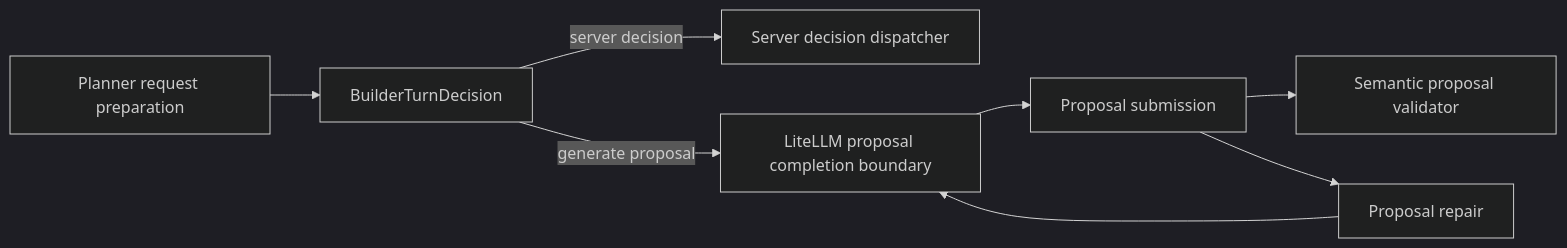
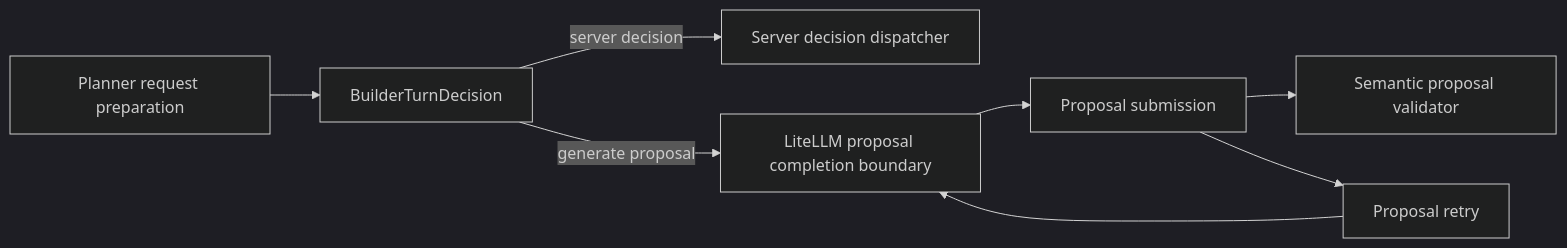
One commit to eneo-ai/eneo changed the second of 2 diagrams in docs/flows/flow-ai-builder-phase4-completion-and-phase5a-gate.md. Above: the diagram before and after it, drawn with Mermaid (dark theme). The commit also changed other lines of this file and 4 other files, not shown here.

First line of the commit message:
test(flows): pin create-gated critic invariants

````diff
--- a/docs/flows/flow-ai-builder-phase4-completion-and-phase5a-gate.md
+++ b/docs/flows/flow-ai-builder-phase4-completion-and-phase5a-gate.md
@@ -59,16 +59,16 @@
 ```mermaid
 flowchart LR
   Prompt["Planner request preparation"]
   Decision["BuilderTurnDecision"]
   ServerDispatch["Server decision dispatcher"]
   Completion["LiteLLM proposal completion boundary"]
   Semantic["Semantic proposal validator"]
   Proposal["Proposal submission"]
-  Repair["Proposal repair"]
+  Repair["Proposal retry"]
 
   Prompt --> Decision
   Decision -->|"server decision"| ServerDispatch
   Decision -->|"generate proposal"| Completion --> Proposal
   Proposal --> Semantic
   Proposal --> Repair --> Completion
 ```
````
